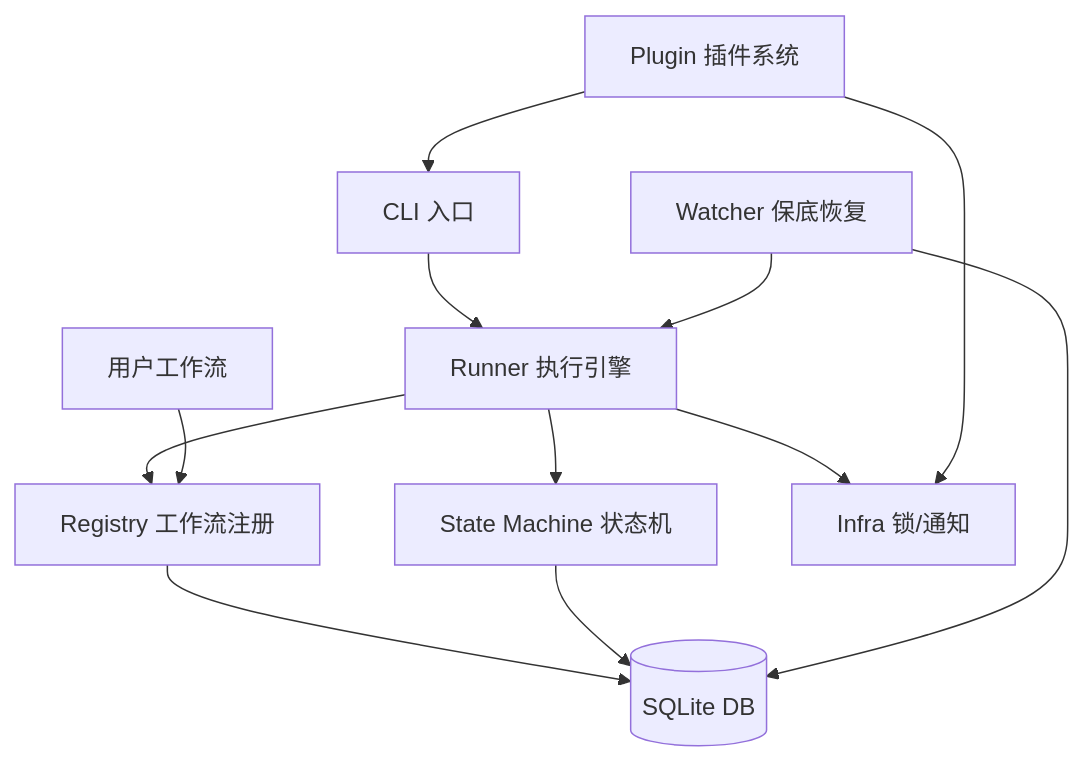
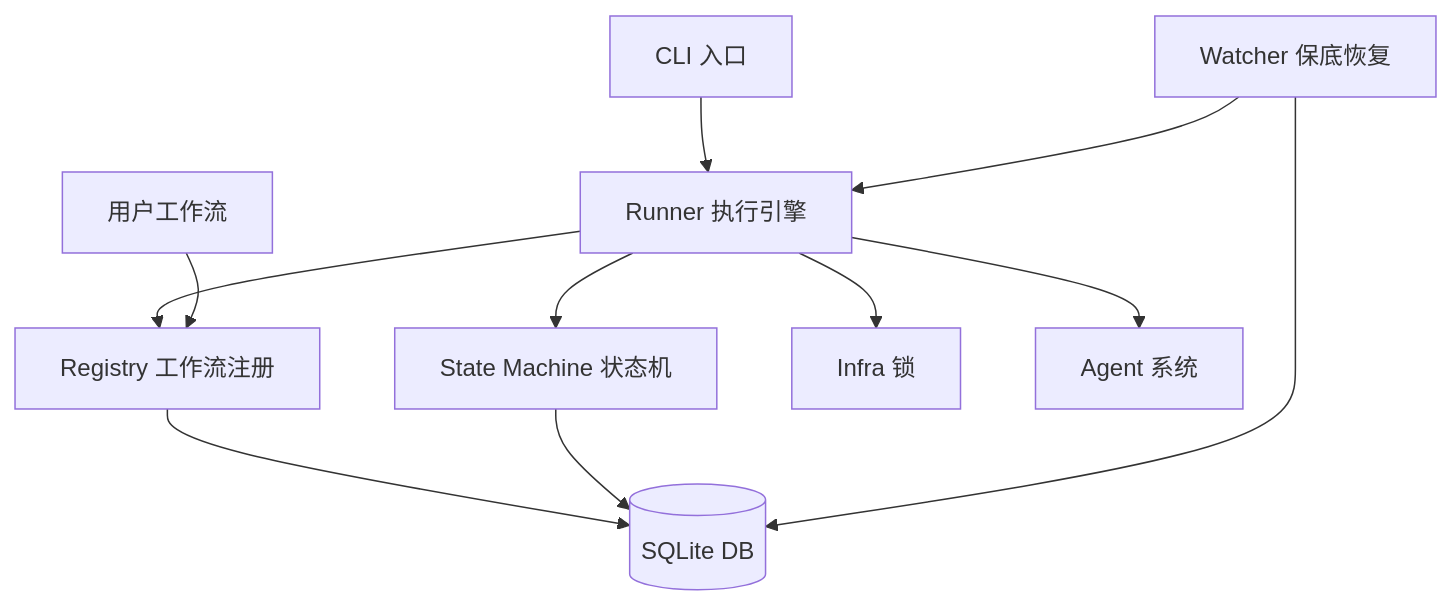
The diagram in README.md (larrygogo/autopilot), drawn with Mermaid before and after one commit. The commit also changed other lines of this file and 15 other files, not shown here.

````diff
--- a/README.md
+++ b/README.md
@@ -129,14 +115,13 @@
 ```mermaid
 graph TB
     CLI["CLI 入口"] --> Runner["Runner 执行引擎"]
     Runner --> Registry["Registry 工作流注册"]
     Runner --> SM["State Machine 状态机"]
-    Runner --> Infra["Infra 锁/通知"]
+    Runner --> Infra["Infra 锁"]
+    Runner --> Agents["Agent 系统"]
     Registry --> DB[("SQLite DB")]
     SM --> DB
-    Plugin["Plugin 插件系统"] --> CLI
-    Plugin --> Infra
     Watcher["Watcher 保底恢复"] --> Runner
     Watcher --> DB
     Workflows["用户工作流"] --> Registry
 ```
````
